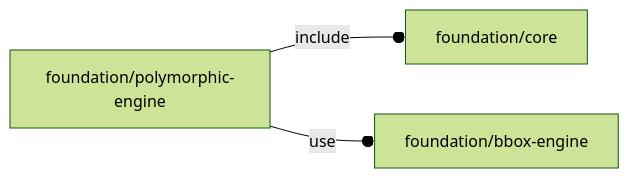
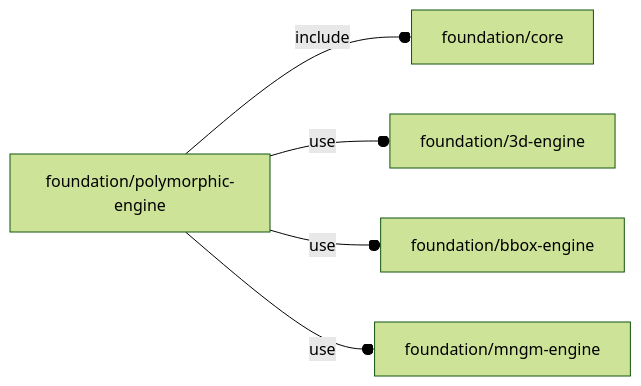
One commit to ggabbiani/OFL changed the diagram in orthodocs/foundation/polymorphic-engine.md. Above: the diagram before and after it, drawn with Mermaid (forest theme). The commit also changed 5 other files, not shown here.

````diff
--- a/orthodocs/foundation/polymorphic-engine.md
+++ b/orthodocs/foundation/polymorphic-engine.md
@@ -5,5 +5,7 @@
 ```mermaid
 graph LR
     A1[foundation/polymorphic-engine] --o|include| A2[foundation/core]
-    A1 --o|use| A3[foundation/bbox-engine]
+    A1 --o|use| A3[foundation/3d-engine]
+    A1 --o|use| A4[foundation/bbox-engine]
+    A1 --o|use| A5[foundation/mngm-engine]
 ```
````
